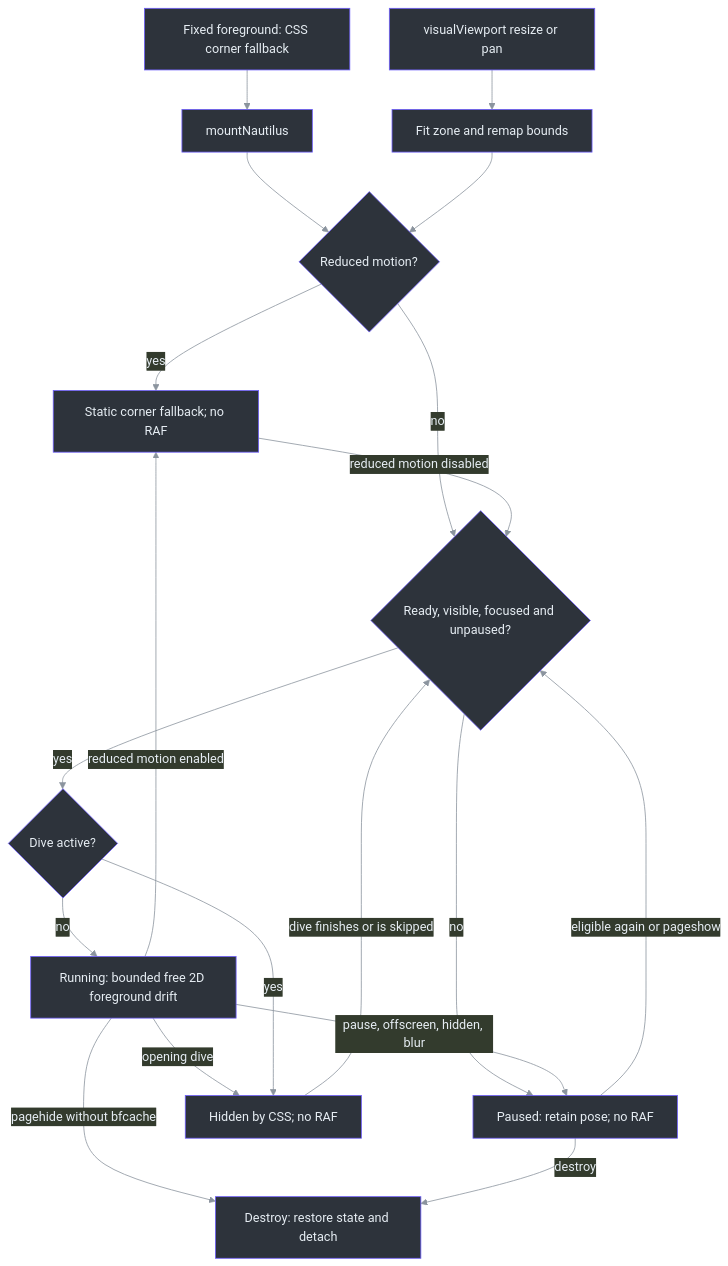
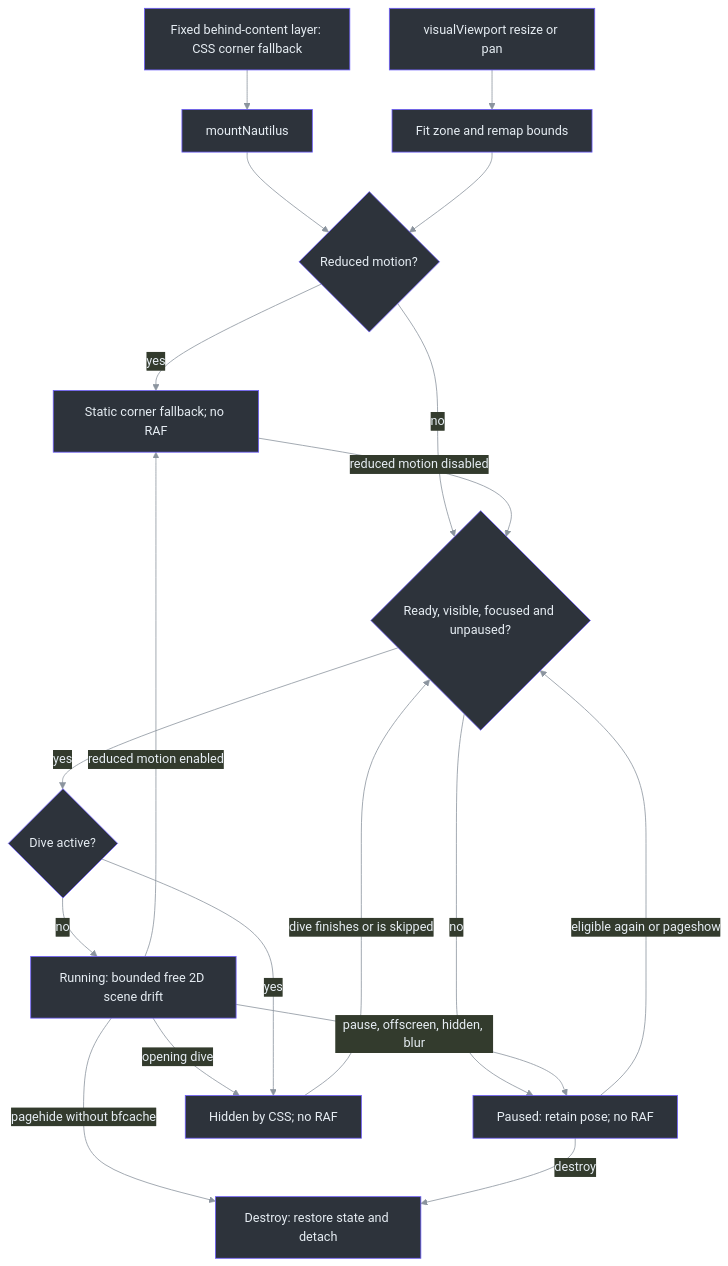
One commit to Zanark/DeepSeaFoam changed the second of 2 diagrams in docs/SHOWCASE.md. Above: the diagram before and after it, drawn with Mermaid. The commit also changed other lines of this file and 6 other files, not shown here.

First line of the commit message:
Keep Nautilus behind readable content

````diff
--- a/docs/SHOWCASE.md
+++ b/docs/SHOWCASE.md
@@ -80,35 +80,35 @@
 ```mermaid
 ---
 config:
   theme: base
   themeVariables:
     background: "#161b22"
     primaryColor: "#2d333b"
     primaryBorderColor: "#6d5dfc"
     primaryTextColor: "#e6edf3"
     lineColor: "#8b949e"
 ---
 flowchart TD
   accTitle: Nautilus motion lifecycle
-  accDescr: The fixed foreground fish has a static lower-right corner fallback. Reduced motion restores that fallback; pause retains the current pose. The opening dive hides the fish, viewport events refit it, and eligible motion resumes without catching up.
-  F["Fixed foreground: CSS corner fallback"] --> M["mountNautilus"]
+  accDescr: The fixed behind-content fish has a static lower-right corner fallback. Reduced motion restores that fallback; pause retains the current pose. The opening dive hides the fish, viewport events refit it, and eligible motion resumes without catching up.
+  F["Fixed behind-content layer: CSS corner fallback"] --> M["mountNautilus"]
   M --> Q{"Reduced motion?"}
   Q -->|yes| S["Static corner fallback; no RAF"]
   Q -->|no| E{"Ready, visible, focused and unpaused?"}
   E -->|yes| J{"Dive active?"}
-  J -->|no| R["Running: bounded free 2D foreground drift"]
+  J -->|no| R["Running: bounded free 2D scene drift"]
   E -->|no| P["Paused: retain pose; no RAF"]
   R -->|pause, offscreen, hidden, blur| P
   R -->|opening dive| I["Hidden by CSS; no RAF"]
   J -->|yes| I
   I -->|dive finishes or is skipped| E
   R -->|reduced motion enabled| S
   S -->|reduced motion disabled| E
   P -->|eligible again or pageshow| E
   V["visualViewport resize or pan"] --> T["Fit zone and remap bounds"]
   T --> Q
   R -->|pagehide without bfcache| D["Destroy: restore state and detach"]
   P -->|destroy| D
   classDef default fill:#2d333b,stroke:#6d5dfc,color:#e6edf3
   linkStyle default stroke:#8b949e
 ```
````
